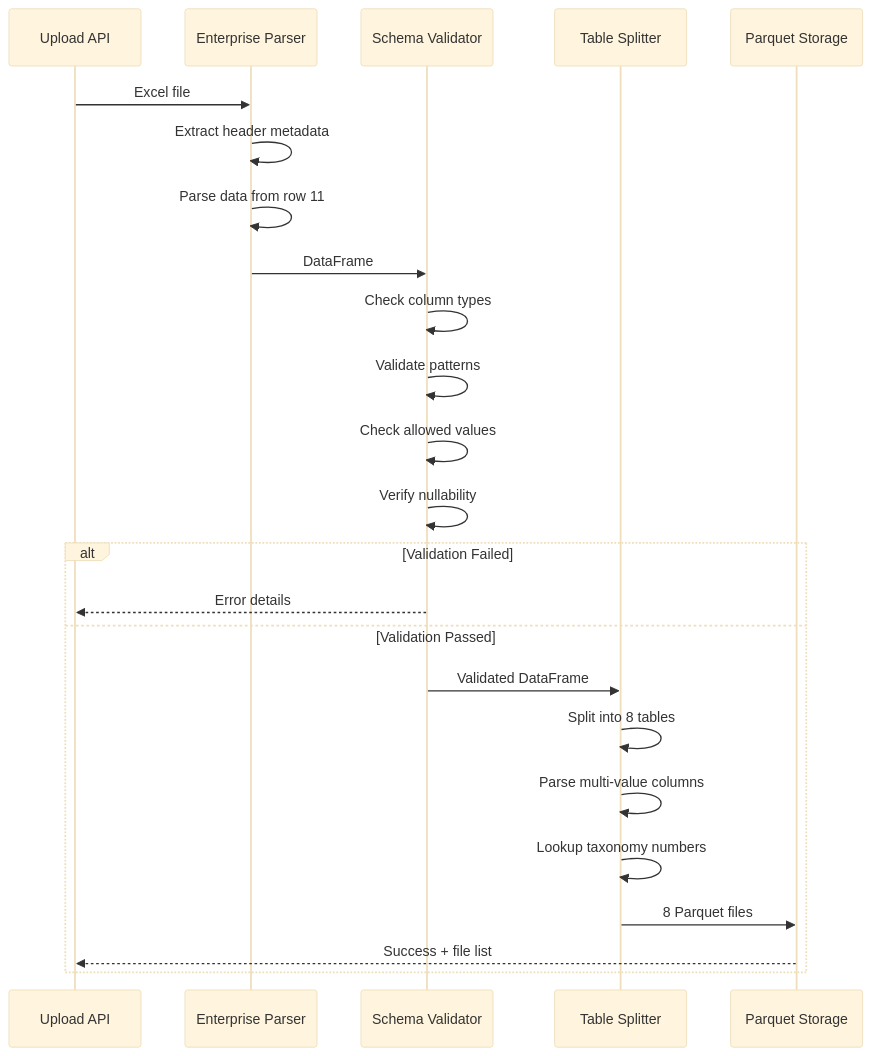
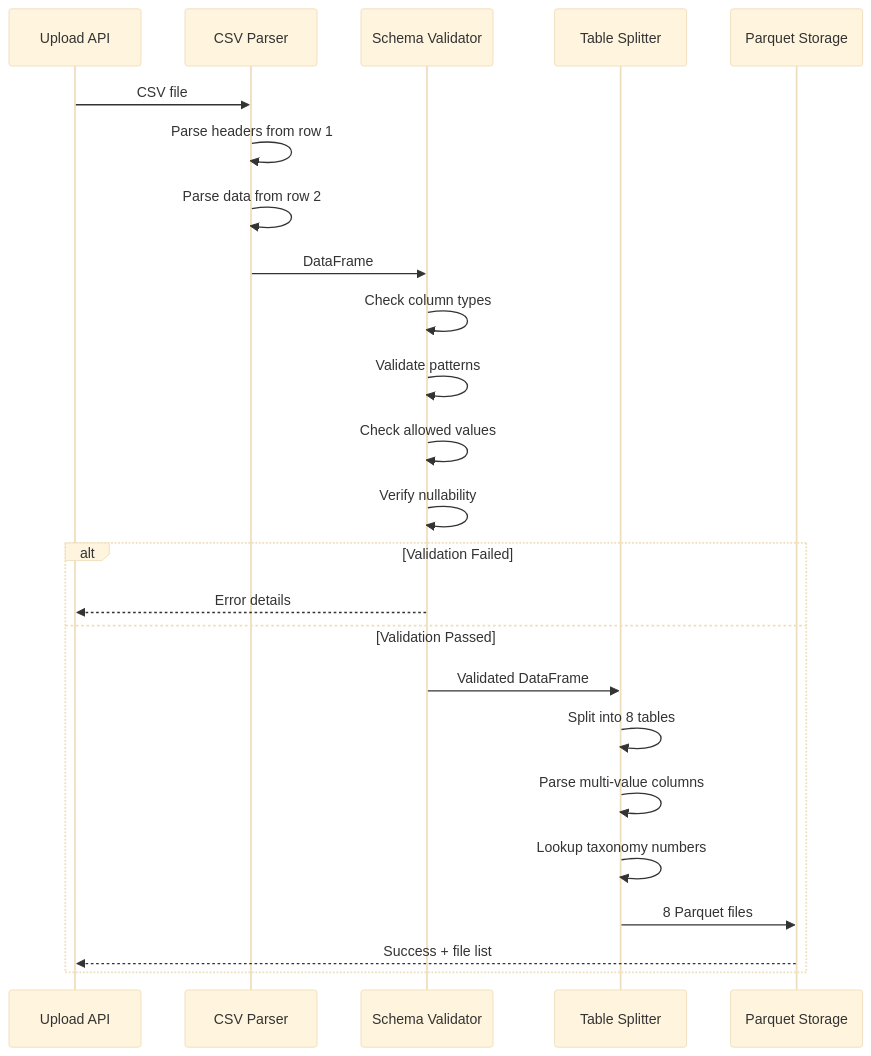
Before and after one commit to white07S/application: the third of 5 diagrams in docs/pipelines/controls-pipeline.md, drawn with Mermaid (base theme). The commit also changed other lines of this file and 28 other files, not shown here.

````diff
--- a/docs/pipelines/controls-pipeline.md
+++ b/docs/pipelines/controls-pipeline.md
@@ -490,27 +482,27 @@
 ```mermaid
 sequenceDiagram
     participant Upload as Upload API
-    participant Parser as Enterprise Parser
+    participant Parser as CSV Parser
     participant Validator as Schema Validator
     participant Splitter as Table Splitter
     participant Storage as Parquet Storage
 
-    Upload->>Parser: Excel file
-    Parser->>Parser: Extract header metadata
-    Parser->>Parser: Parse data from row 11
+    Upload->>Parser: CSV file
+    Parser->>Parser: Parse headers from row 1
+    Parser->>Parser: Parse data from row 2
     Parser->>Validator: DataFrame
     Validator->>Validator: Check column types
     Validator->>Validator: Validate patterns
     Validator->>Validator: Check allowed values
     Validator->>Validator: Verify nullability
     alt Validation Failed
         Validator-->>Upload: Error details
     else Validation Passed
         Validator->>Splitter: Validated DataFrame
         Splitter->>Splitter: Split into 8 tables
         Splitter->>Splitter: Parse multi-value columns
         Splitter->>Splitter: Lookup taxonomy numbers
         Splitter->>Storage: 8 Parquet files
         Storage-->>Upload: Success + file list
     end
 ```
````
